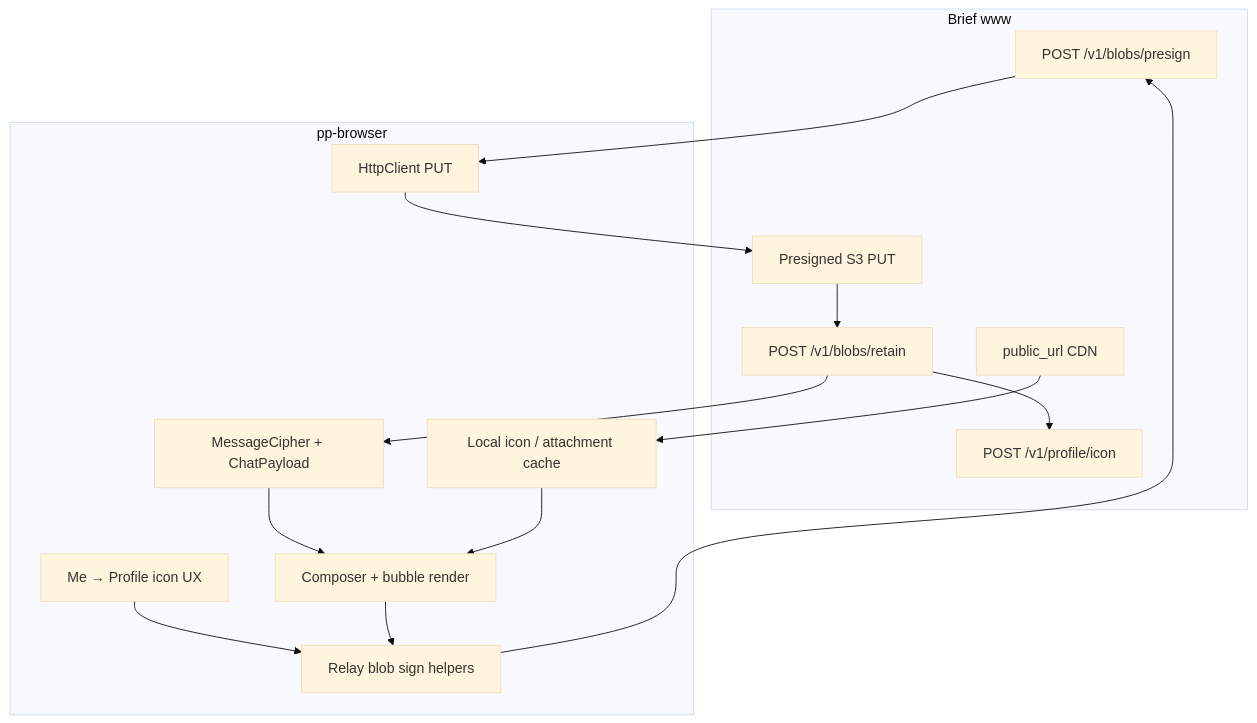
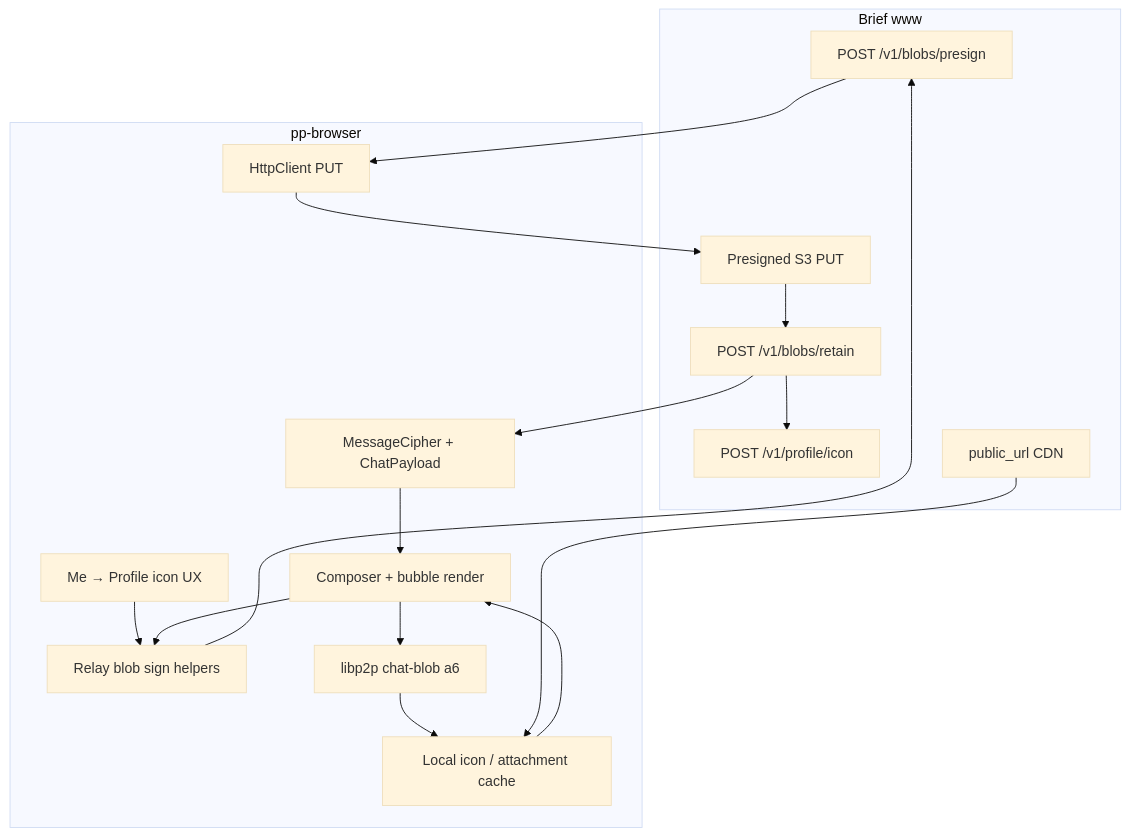
Before and after one commit to people-post/pp-browser: the diagram in projects/relay-blob-upload/README.md, drawn with Mermaid (base theme). The commit also changed other lines of this file and 6 other files, not shown here.

````diff
--- a/projects/relay-blob-upload/README.md
+++ b/projects/relay-blob-upload/README.md
@@ -48,29 +52,32 @@
 ```mermaid
 flowchart TB
   subgraph www [Brief www]
     Presign["POST /v1/blobs/presign"]
     S3["Presigned S3 PUT"]
     Retain["POST /v1/blobs/retain"]
     Icon["POST /v1/profile/icon"]
     CDN["public_url CDN"]
   end
   subgraph client [pp-browser]
     Sign["Relay blob sign helpers"]
     Http["HttpClient PUT"]
     IconUX["Me → Profile icon UX"]
     Cache["Local icon / attachment cache"]
+    PeerBlob["libp2p chat-blob a6"]
     E2E["MessageCipher + ChatPayload"]
     Chat["Composer + bubble render"]
   end
   Sign --> Presign
   Presign --> Http
   Http --> S3
   S3 --> Retain
   Retain --> Icon
   Retain --> E2E
+  PeerBlob --> Cache
   E2E --> Chat
   CDN --> Cache
   IconUX --> Sign
   Chat --> Sign
+  Chat --> PeerBlob
   Cache --> Chat
 ```
````
